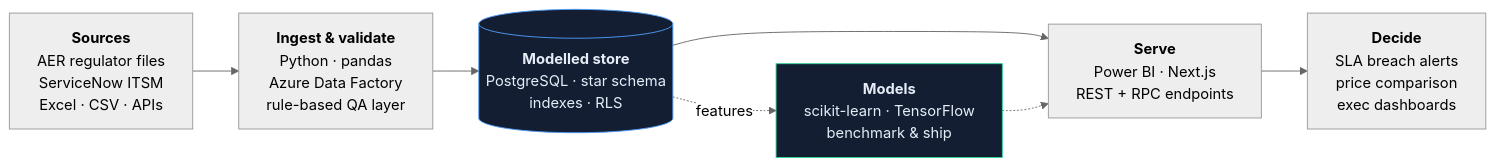
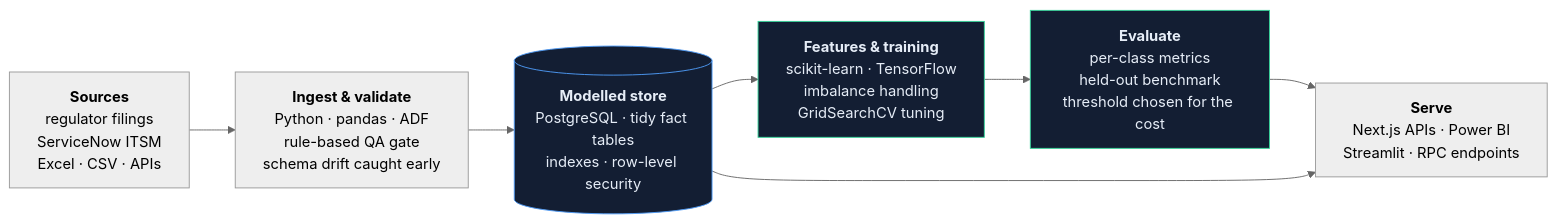
The diagram in README.md (Devesh0508/Devesh0508), drawn with Mermaid (neutral theme) before and after one commit. The commit also changed other lines of this file, not shown here.

````diff
--- a/README.md
+++ b/README.md
@@ -23,15 +23,16 @@
 ```mermaid
 flowchart LR
-    A["<b>Sources</b><br/>AER regulator files<br/>ServiceNow ITSM<br/>Excel · CSV · APIs"]
-    B["<b>Ingest &amp; validate</b><br/>Python · pandas<br/>Azure Data Factory<br/>rule-based QA layer"]
-    C[("<b>Modelled store</b><br/>PostgreSQL · star schema<br/>indexes · RLS")]
-    D["<b>Serve</b><br/>Power BI · Next.js<br/>REST + RPC endpoints"]
-    E["<b>Decide</b><br/>SLA breach alerts<br/>price comparison<br/>exec dashboards"]
+    A["<b>Sources</b><br/>regulator filings<br/>ServiceNow ITSM<br/>Excel · CSV · APIs"]
+    B["<b>Ingest &amp; validate</b><br/>Python · pandas · ADF<br/>rule-based QA gate<br/>schema drift caught early"]
+    C[("<b>Modelled store</b><br/>PostgreSQL · tidy fact tables<br/>indexes · row-level security")]
+    D["<b>Features &amp; training</b><br/>scikit-learn · TensorFlow<br/>imbalance handling<br/>GridSearchCV tuning"]
+    E["<b>Evaluate</b><br/>per-class metrics<br/>held-out benchmark<br/>threshold chosen for the cost"]
+    F["<b>Serve</b><br/>Next.js APIs · Power BI<br/>Streamlit · RPC endpoints"]
 
-    A --> B --> C --> D --> E
-    C -.->|"features"| F["<b>Models</b><br/>scikit-learn · TensorFlow<br/>benchmark &amp; ship"]
-    F -.-> D
+    A --> B --> C --> D --> E --> F
+    C --> F
 
     style C fill:#131E33,stroke:#4F9CF9,color:#E6EDF7
-    style F fill:#131E33,stroke:#34D399,color:#E6EDF7
+    style D fill:#131E33,stroke:#34D399,color:#E6EDF7
+    style E fill:#131E33,stroke:#34D399,color:#E6EDF7
 ```
````
